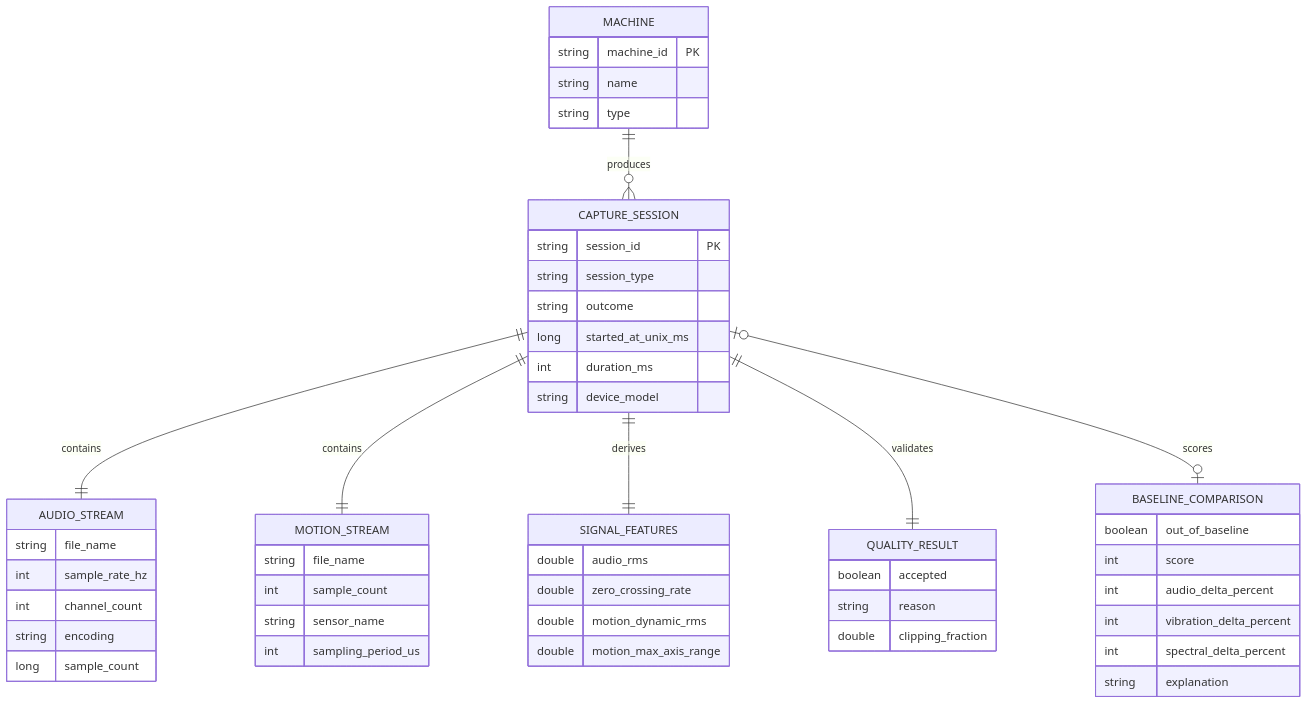
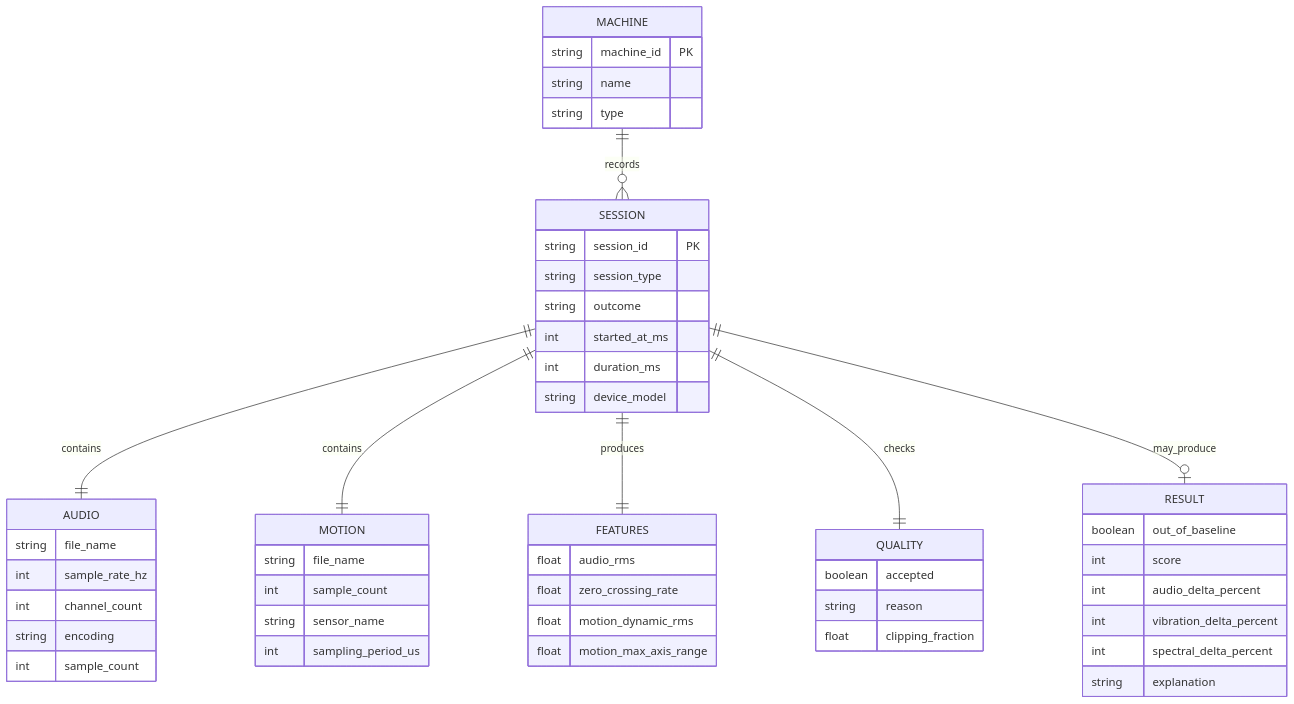
The second of 2 diagrams in README.md (malsomesh9/machine-pulse), drawn with Mermaid before and after one commit. The commit also changed other lines of this file, not shown here.

Commit message:
fix(docs): make Mermaid diagrams GitHub compatible

````diff
--- a/README.md
+++ b/README.md
@@ -84,61 +80,61 @@
 ```mermaid
 erDiagram
-    MACHINE ||--o{ CAPTURE_SESSION : produces
-    CAPTURE_SESSION ||--|| AUDIO_STREAM : contains
-    CAPTURE_SESSION ||--|| MOTION_STREAM : contains
-    CAPTURE_SESSION ||--|| SIGNAL_FEATURES : derives
-    CAPTURE_SESSION ||--|| QUALITY_RESULT : validates
-    CAPTURE_SESSION o|--o| BASELINE_COMPARISON : scores
+    MACHINE ||--o{ SESSION : records
+    SESSION ||--|| AUDIO : contains
+    SESSION ||--|| MOTION : contains
+    SESSION ||--|| FEATURES : produces
+    SESSION ||--|| QUALITY : checks
+    SESSION ||--o| RESULT : may_produce
 
     MACHINE {
         string machine_id PK
         string name
         string type
     }
 
-    CAPTURE_SESSION {
+    SESSION {
         string session_id PK
         string session_type
         string outcome
-        long started_at_unix_ms
+        int started_at_ms
         int duration_ms
         string device_model
     }
 
-    AUDIO_STREAM {
+    AUDIO {
         string file_name
         int sample_rate_hz
         int channel_count
         string encoding
-        long sample_count
+        int sample_count
     }
 
-    MOTION_STREAM {
+    MOTION {
         string file_name
         int sample_count
         string sensor_name
         int sampling_period_us
     }
 
-    SIGNAL_FEATURES {
-        double audio_rms
-        double zero_crossing_rate
-        double motion_dynamic_rms
-        double motion_max_axis_range
+    FEATURES {
+        float audio_rms
+        float zero_crossing_rate
+        float motion_dynamic_rms
+        float motion_max_axis_range
     }
 
-    QUALITY_RESULT {
+    QUALITY {
         boolean accepted
         string reason
-        double clipping_fraction
+        float clipping_fraction
     }
 
-    BASELINE_COMPARISON {
+    RESULT {
         boolean out_of_baseline
         int score
         int audio_delta_percent
         int vibration_delta_percent
         int spectral_delta_percent
         string explanation
     }
 ```
````
